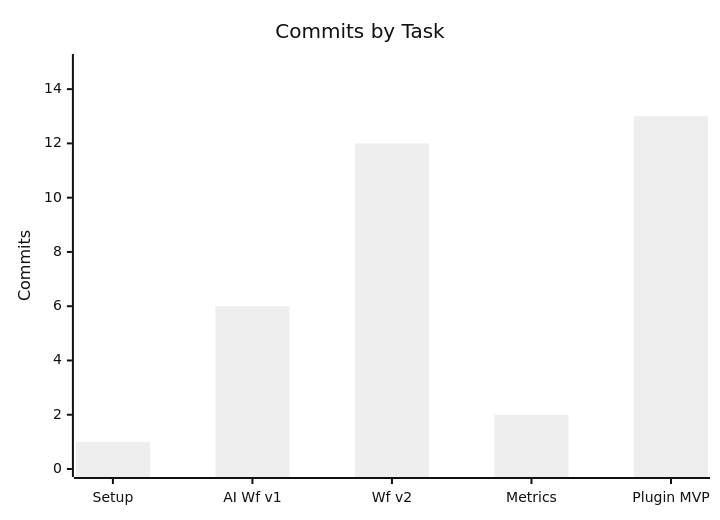
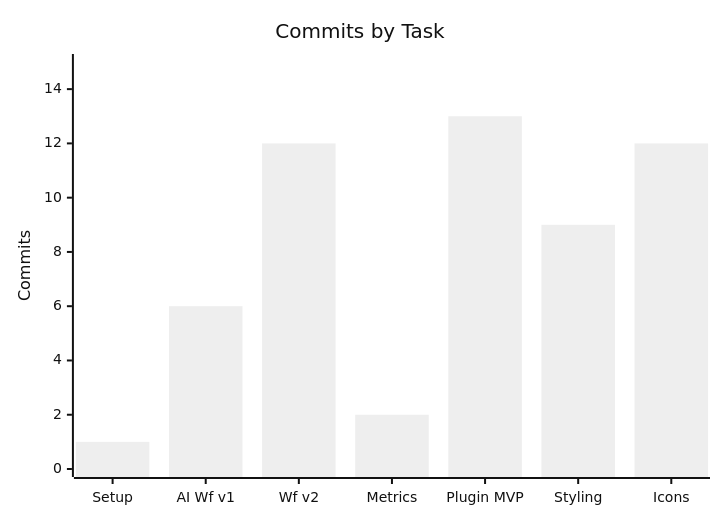
One commit to atlantdak/claude-code-hackathon-xbo-market-kit changed the second of 7 diagrams in README.md. Above: the diagram before and after it, drawn with Mermaid (neutral theme). The commit also changed other lines of this file and 2 other files, not shown here.

First line of the commit message:
docs: update README metrics and add day 5 icons worklog

````diff
--- a/README.md
+++ b/README.md
@@ -68,7 +70,7 @@
 ```mermaid
 xychart-beta
     title "Commits by Task"
-    x-axis ["Setup", "AI Wf v1", "Wf v2", "Metrics", "Plugin MVP"]
+    x-axis ["Setup", "AI Wf v1", "Wf v2", "Metrics", "Plugin MVP", "Styling", "Icons"]
     y-axis "Commits" 0 --> 15
-    bar [1, 6, 12, 2, 13]
+    bar [1, 6, 12, 2, 13, 9, 12]
 ```
````
